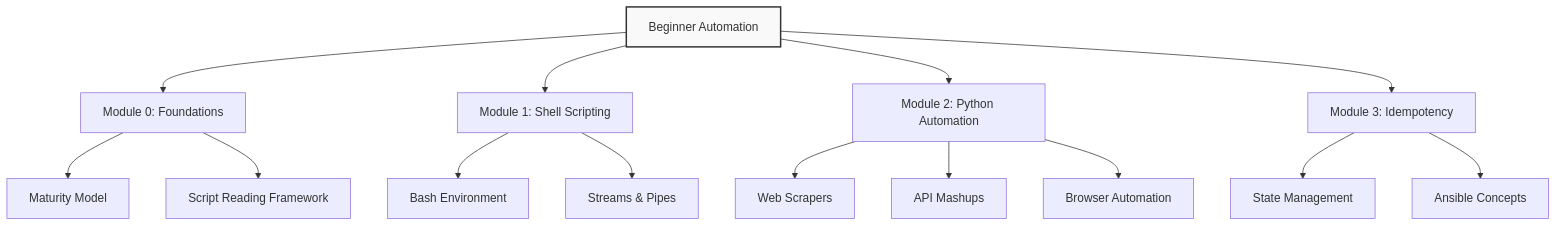
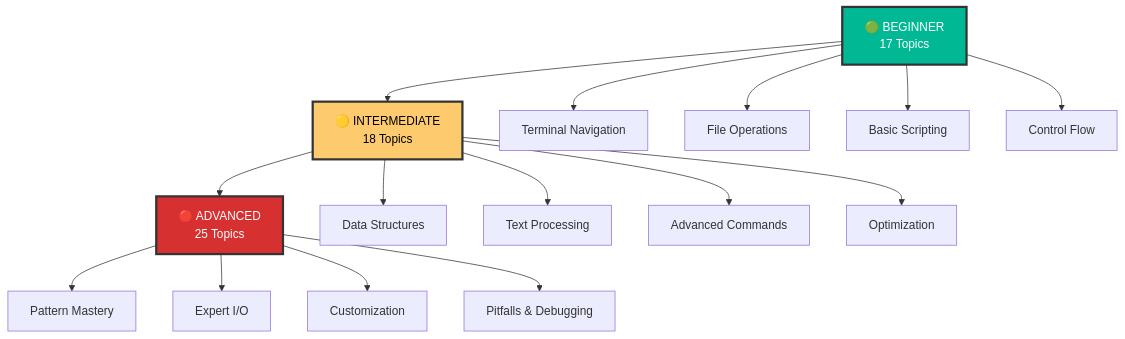
Before and after one commit to Ganil151/Devops: the first of 3 diagrams in 1-Beginner/02-Phase-2/02-Automation/README.md, drawn with Mermaid. The commit also changed other lines of this file and 21 other files, not shown here.

````diff
--- a/1-Beginner/02-Phase-2/02-Automation/README.md
+++ b/1-Beginner/02-Phase-2/02-Automation/README.md
@@ -9,22 +30,24 @@
 ```mermaid
 graph TD
-    A[Beginner Automation] --> B[Module 0: Foundations]
-    A --> C[Module 1: Shell Scripting]
-    A --> D[Module 2: Python Automation]
-    A --> E[Module 3: Idempotency]
+    A[🟢 BEGINNER<br/>17 Topics] --> B[🟡 INTERMEDIATE<br/>18 Topics]
+    B --> C[🔴 ADVANCED<br/>25 Topics]
     
-    B --> B1[Maturity Model]
-    B --> B2[Script Reading Framework]
+    A --> A1[Terminal Navigation]
+    A --> A2[File Operations]
+    A --> A3[Basic Scripting]
+    A --> A4[Control Flow]
     
-    C --> C1[Bash Environment]
-    C --> C2[Streams & Pipes]
+    B --> B1[Data Structures]
+    B --> B2[Text Processing]
+    B --> B3[Advanced Commands]
+    B --> B4[Optimization]
     
-    D --> D1[Web Scrapers]
-    D --> D2[API Mashups]
-    D --> D3[Browser Automation]
+    C --> C1[Pattern Mastery]
+    C --> C2[Expert I/O]
+    C --> C3[Customization]
+    C --> C4[Pitfalls & Debugging]
     
-    E --> E1[State Management]
-    E --> E2[Ansible Concepts]
-    
-    style A fill:#f9f9f9,stroke:#333,stroke-width:2px
+    style A fill:#00b894,stroke:#333,stroke-width:3px,color:#fff
+    style B fill:#fdcb6e,stroke:#333,stroke-width:3px,color:#000
+    style C fill:#d63031,stroke:#333,stroke-width:3px,color:#fff
 ```
````
